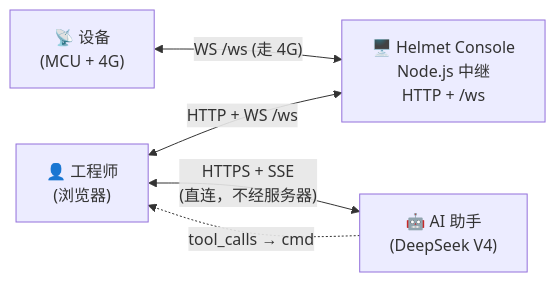
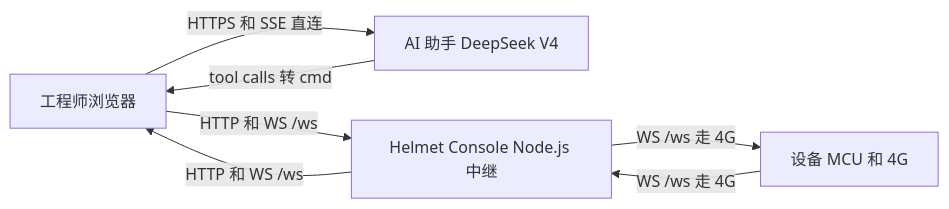
One commit to rsecss/helmet-console changed the first of 2 diagrams in README.zh-CN.md. Above: the diagram before and after it, drawn with Mermaid. The commit also changed other lines of this file and 1 other file, not shown here.

First line of the commit message:
docs(readme): simplify mermaid node labels for renderer

````diff
--- a/README.zh-CN.md
+++ b/README.zh-CN.md
@@ -54,12 +54,14 @@
 ```mermaid
 flowchart LR
-    eng["👤 工程师<br/>(浏览器)"]
-    ai["🤖 AI 助手<br/>(DeepSeek V4)"]
-    server["🖥️ Helmet Console<br/>Node.js 中继<br/>HTTP + /ws"]
-    dev["📡 设备<br/>(MCU + 4G)"]
+    eng[工程师浏览器]
+    ai[AI 助手 DeepSeek V4]
+    server[Helmet Console Node.js 中继]
+    dev[设备 MCU 和 4G]
 
-    eng <-->|"HTTP + WS /ws"| server
-    eng <-->|"HTTPS + SSE<br/>(直连，不经服务器)"| ai
-    ai -. "tool_calls → cmd" .-> eng
-    dev <-->|"WS /ws (走 4G)"| server
+    eng -->|HTTP 和 WS /ws| server
+    server -->|HTTP 和 WS /ws| eng
+    eng -->|HTTPS 和 SSE 直连| ai
+    ai -->|tool calls 转 cmd| eng
+    dev -->|WS /ws 走 4G| server
+    server -->|WS /ws 走 4G| dev
 ```
````
